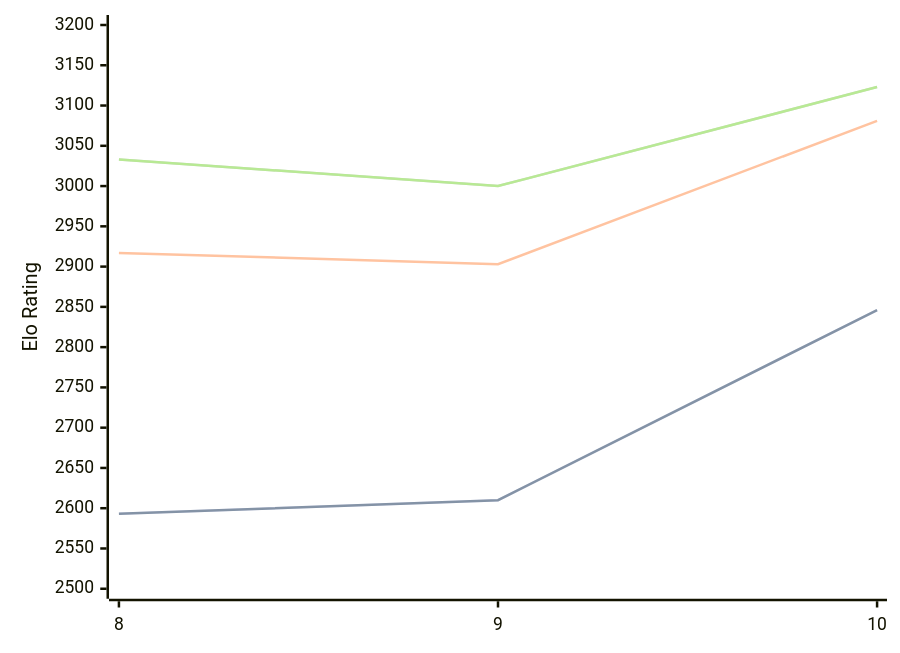
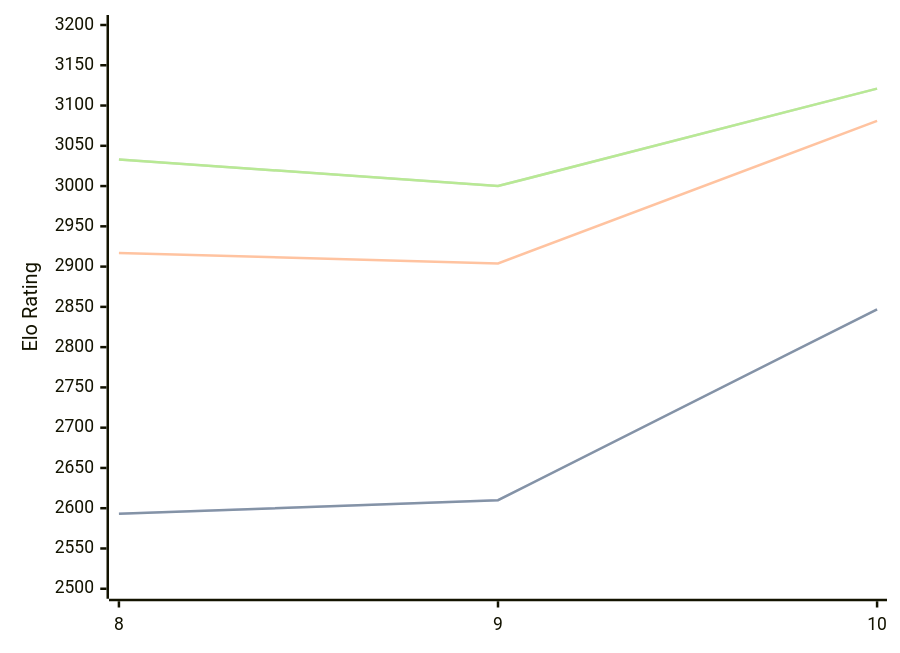
One commit to computer-chess-index/cci changed the diagram in engines/Lozza.md. Above: the diagram before and after it, drawn with Mermaid. The commit also changed other lines of this file, not shown here.

Commit message:
Update CCI Ratings (ELO VLTC) - 2026-09-06

````diff
--- a/engines/Lozza.md
+++ b/engines/Lozza.md
@@ -33,11 +33,11 @@
 ```mermaid
 %%{init: {"theme":"base","themeVariables":{"seriesColors:['#a3a3a3','#222221','#faa371']}}}%%
 xychart-beta
   x-axis ["8", "9", "10"]
   y-axis "Elo Rating" 2500 --> 3200
-  line "" [2593, 2610, 2846]
-  line "STC (8.0+0.08s)" [2593, 2610, 2846]
-  line "LTC (60.0+0.60s)" [2917, 2903, 3081]
-  line "" [3033, 3000, 3123]
-  line "VLTC (2m24s+1.12s)" [3033, 3000, 3123]
+  line "" [2593, 2610, 2847]
+  line "STC (8.0+0.08s)" [2593, 2610, 2847]
+  line "LTC (60.0+0.60s)" [2917, 2904, 3081]
+  line "" [3033, 3000, 3121]
+  line "VLTC (2m24s+1.12s)" [3033, 3000, 3121]
 ```
````
